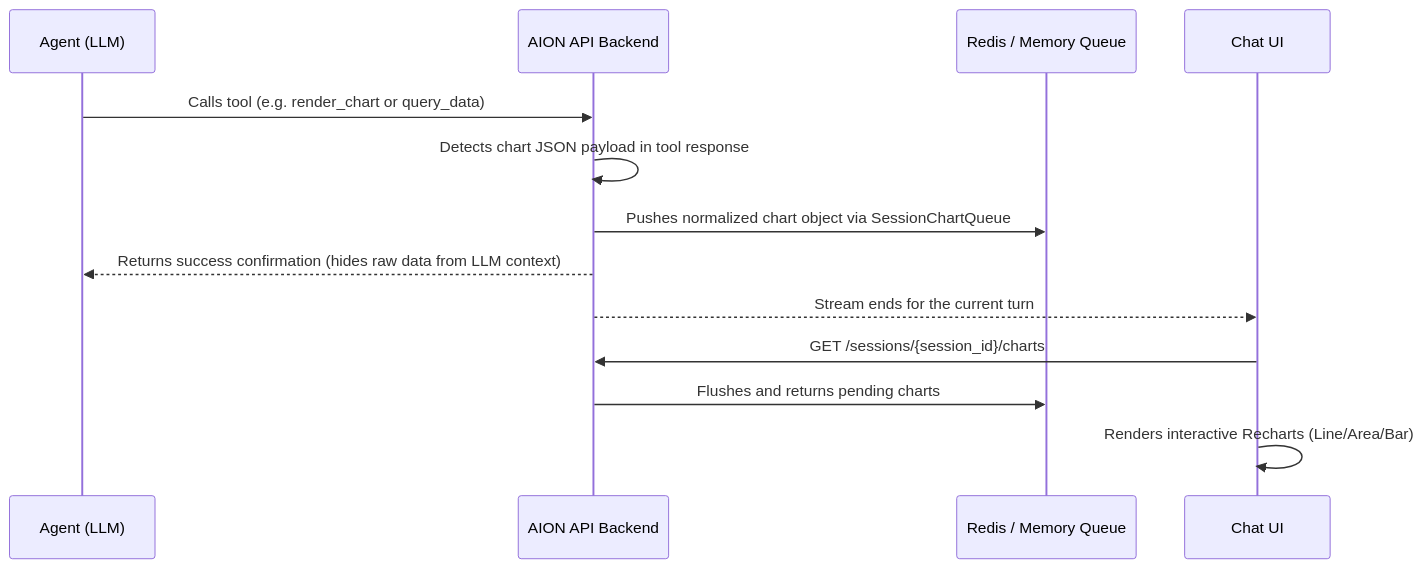
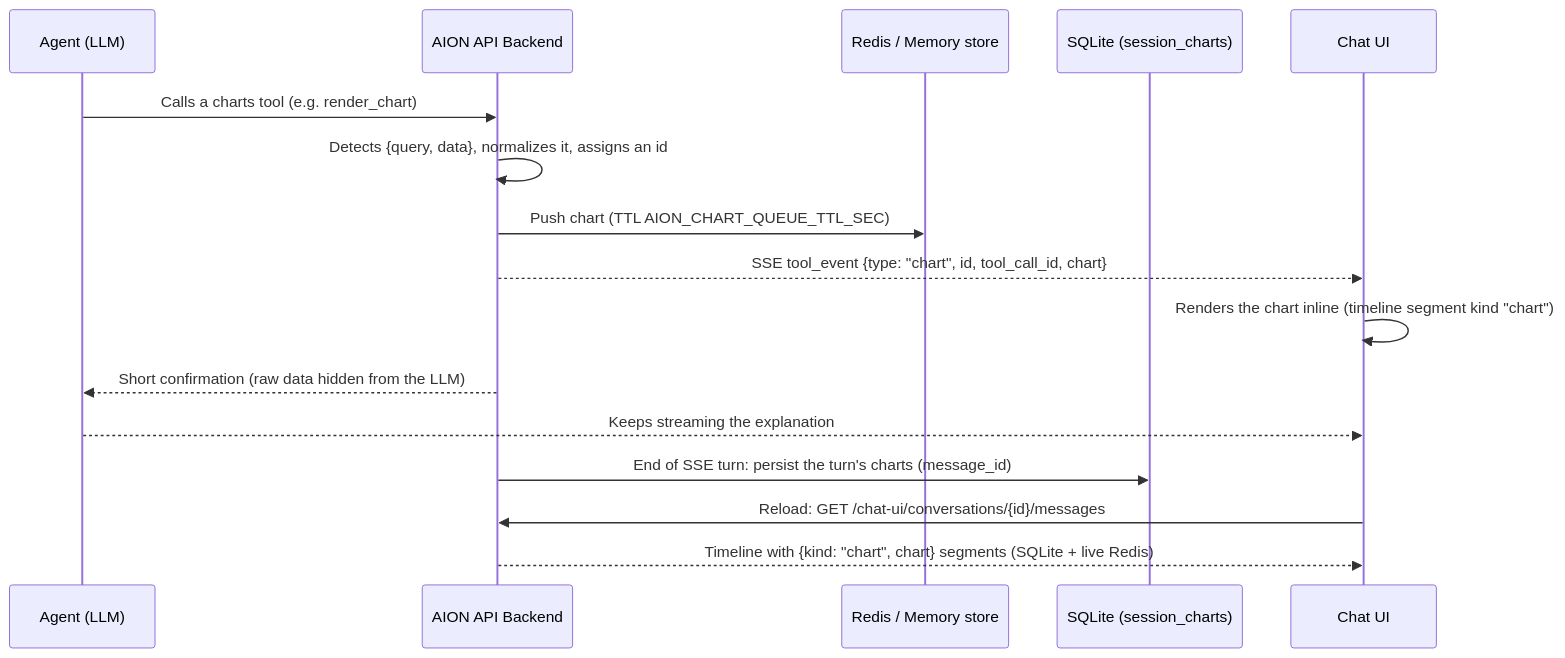
One commit to AION-by-ASA-Computer/AION_Agent changed the diagram in docs/api-and-runtime/session-charts.md. Above: the diagram before and after it, drawn with Mermaid. The commit also changed other lines of this file and 32 other files, not shown here.

Commit message:
fix: graphic bug fix and charts save on sqlite

````diff
--- a/docs/api-and-runtime/session-charts.md
+++ b/docs/api-and-runtime/session-charts.md
@@ -15,16 +15,19 @@
 ```mermaid
 sequenceDiagram
     participant LLM as Agent (LLM)
     participant Backend as AION API Backend
-    participant Redis as Redis / Memory Queue
+    participant Redis as Redis / Memory store
+    participant DB as SQLite (session_charts)
     participant UI as Chat UI
 
-    LLM->>Backend: Calls tool (e.g. render_chart or query_data)
-    Backend->>Backend: Detects chart JSON payload in tool response
-    Backend->>Redis: Pushes normalized chart object via SessionChartQueue
-    Backend-->>LLM: Returns success confirmation (hides raw data from LLM context)
-    Backend-->>UI: Stream ends for the current turn
-    UI->>Backend: GET /sessions/{session_id}/charts
-    Backend->>Redis: Flushes and returns pending charts
-    UI->>UI: Renders interactive Recharts (Line/Area/Bar)
+    LLM->>Backend: Calls a charts tool (e.g. render_chart)
+    Backend->>Backend: Detects {query, data}, normalizes it, assigns an id
+    Backend->>Redis: Push chart (TTL AION_CHART_QUEUE_TTL_SEC)
+    Backend-->>UI: SSE tool_event {type: "chart", id, tool_call_id, chart}
+    UI->>UI: Renders the chart inline (timeline segment kind "chart")
+    Backend-->>LLM: Short confirmation (raw data hidden from the LLM)
+    LLM-->>UI: Keeps streaming the explanation
+    Backend->>DB: End of SSE turn: persist the turn's charts (message_id)
+    UI->>Backend: Reload: GET /chat-ui/conversations/{id}/messages
+    Backend-->>UI: Timeline with {kind: "chart", chart} segments (SQLite + live Redis)
 ```
````
